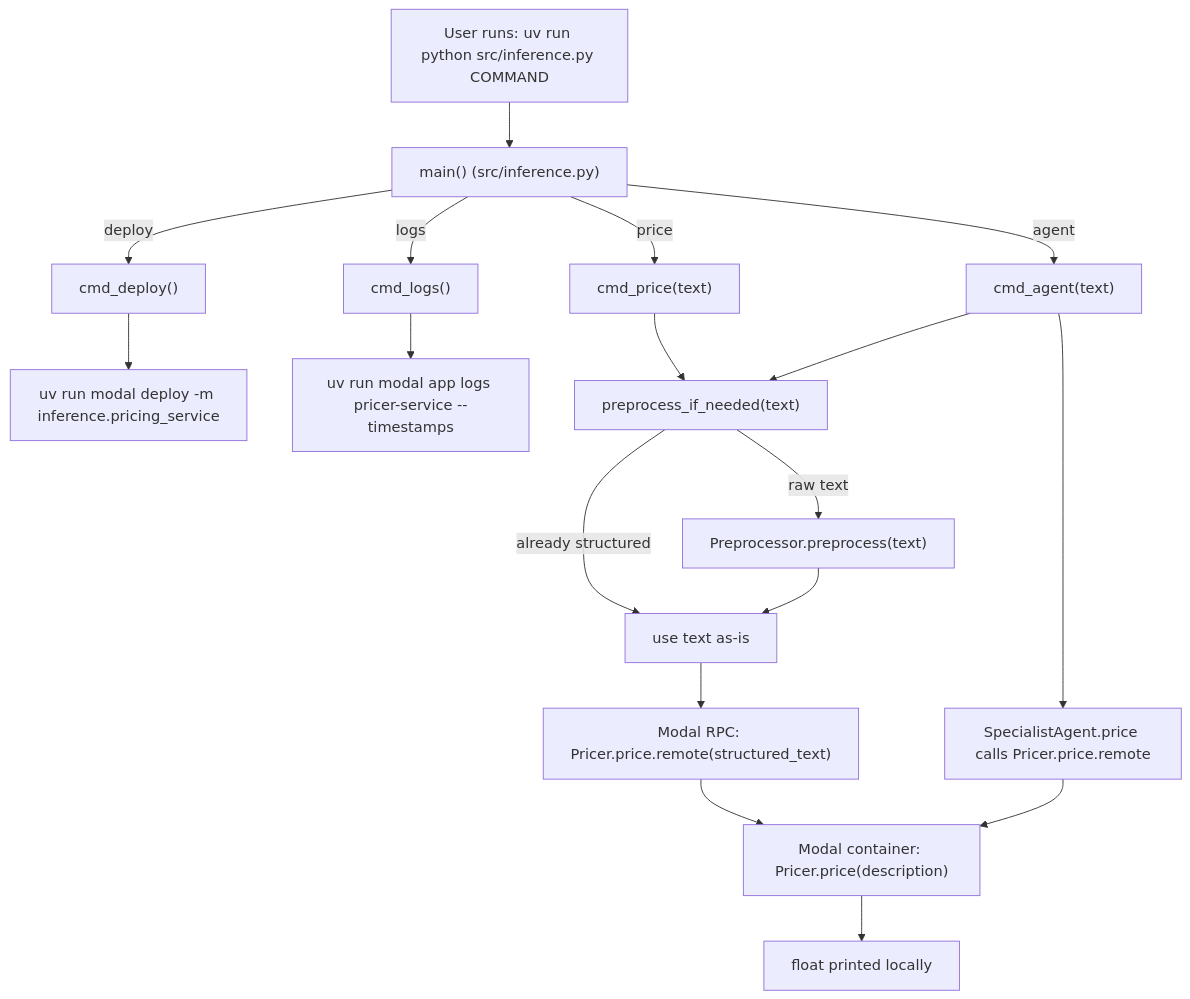
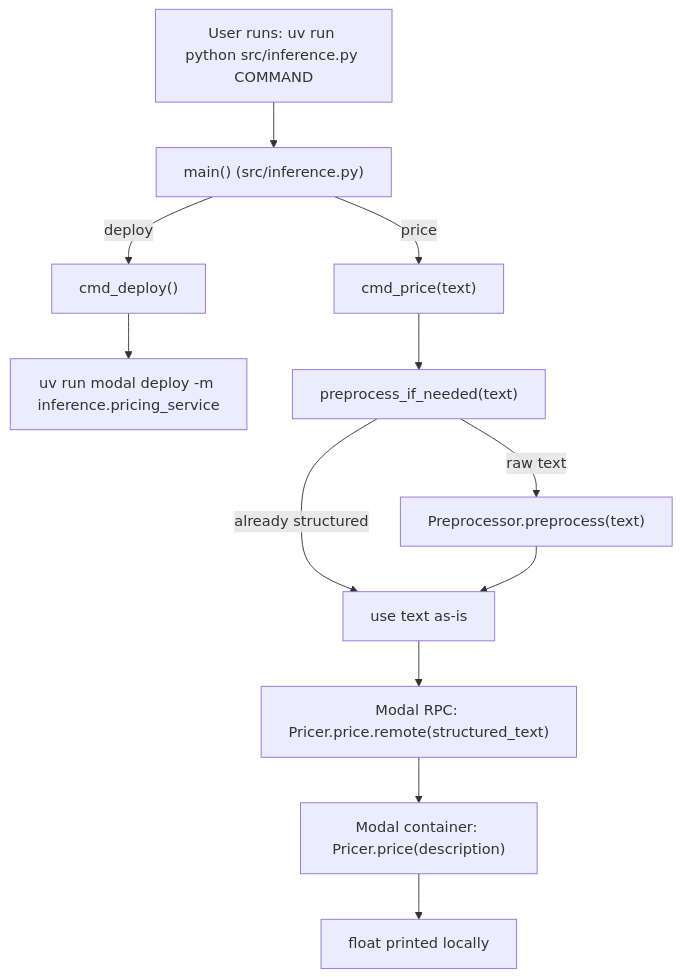
The second of 3 diagrams in docs/inference.md (aditya-caltechie/ai-fine-tuning), drawn with Mermaid before and after one commit. The commit also changed other lines of this file and 1 other file, not shown here.

````diff
--- a/docs/inference.md
+++ b/docs/inference.md
@@ -60,27 +57,19 @@
 ```mermaid
 flowchart TD
   U["User runs: uv run python src/inference.py COMMAND"] --> M["main() (src/inference.py)"]
 
   M -->|deploy| D["cmd_deploy()"]
   D --> D2["uv run modal deploy -m inference.pricing_service"]
 
-  M -->|logs| L["cmd_logs()"]
-  L --> L2["uv run modal app logs pricer-service --timestamps"]
-
   M -->|price| P["cmd_price(text)"]
-  M -->|agent| A["cmd_agent(text)"]
 
   P --> PRE2["preprocess_if_needed(text)"]
-  A --> PRE2
 
   PRE2 -->|already structured| ST["use text as-is"]
   PRE2 -->|raw text| PR2["Preprocessor.preprocess(text)"]
   PR2 --> ST
 
   ST --> RPC1["Modal RPC: Pricer.price.remote(structured_text)"]
   RPC1 --> SVC["Modal container: Pricer.price(description)"]
   SVC --> OUT["float printed locally"]
-
-  A --> RPC2["SpecialistAgent.price calls Pricer.price.remote"]
-  RPC2 --> SVC
 ```
````
